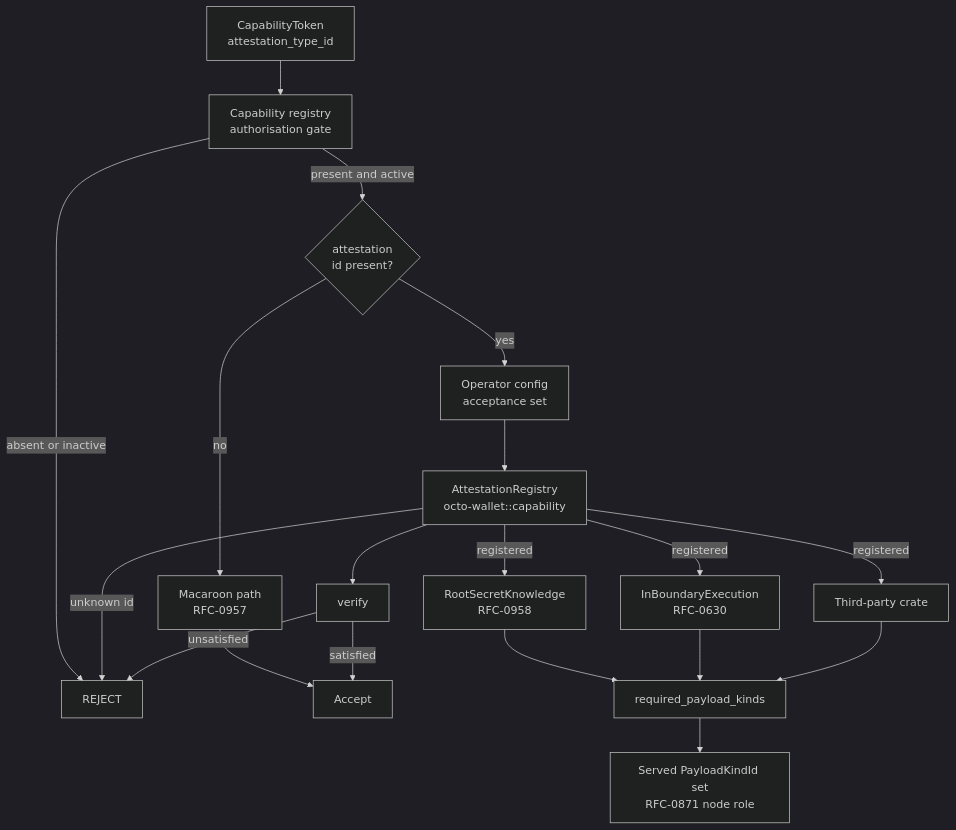
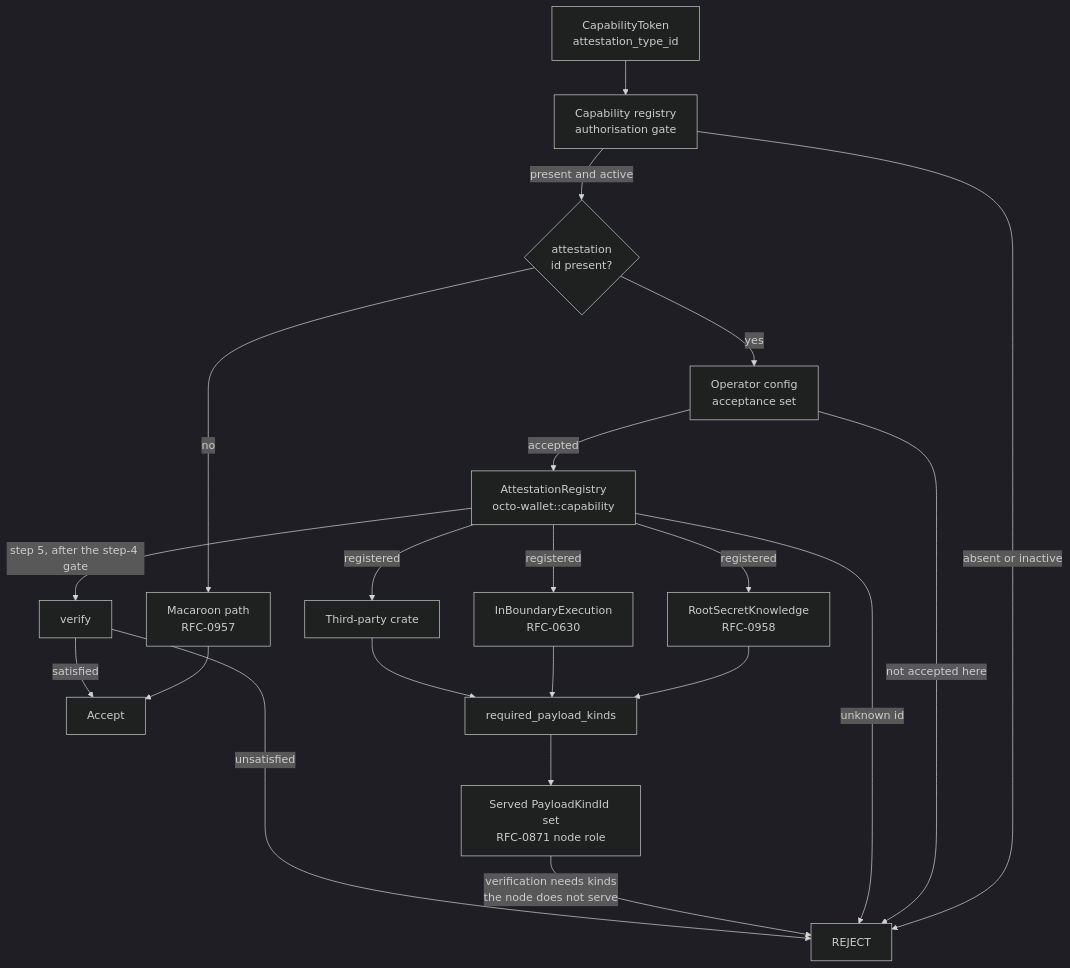
Before and after one commit to CipherOcto/cipherocto: the diagram in rfcs/draft/economics/0973-pluggable-proof-attestation-for-capabilities.md, drawn with Mermaid (dark theme). The commit also changed other lines of this file, not shown here.

````diff
--- a/rfcs/draft/economics/0973-pluggable-proof-attestation-for-capabilities.md
+++ b/rfcs/draft/economics/0973-pluggable-proof-attestation-for-capabilities.md
@@ -143,21 +143,23 @@
 ```mermaid
 graph TD
     Token[CapabilityToken<br/>attestation_type_id] --> Iss[Capability registry<br/>authorisation gate]
     Iss -->|absent or inactive| Reject[REJECT]
     Iss -->|present and active| HasId{attestation<br/>id present?}
     HasId -->|no| Mac[Macaroon path<br/>RFC-0957]
     Mac --> Accept
     HasId -->|yes| Cfg[Operator config<br/>acceptance set]
-    Cfg --> Reg[AttestationRegistry<br/>octo-wallet::capability]
+    Cfg -->|not accepted here| Reject
+    Cfg -->|accepted| Reg[AttestationRegistry<br/>octo-wallet::capability]
     Reg -->|unknown id| Reject
     Reg -->|registered| S1[RootSecretKnowledge<br/>RFC-0958]
     Reg -->|registered| S2[InBoundaryExecution<br/>RFC-0630]
     Reg -->|registered| S3[Third-party crate]
     S1 --> Req[required_payload_kinds]
     S2 --> Req
     S3 --> Req
     Req --> Kinds[Served PayloadKindId set<br/>RFC-0871 node role]
-    Reg --> Verify[verify]
+    Kinds -->|verification needs kinds<br/>the node does not serve| Reject
+    Reg -->|step 5, after the step-4 gate| Verify[verify]
     Verify -->|unsatisfied| Reject
     Verify -->|satisfied| Accept
 ```
````
